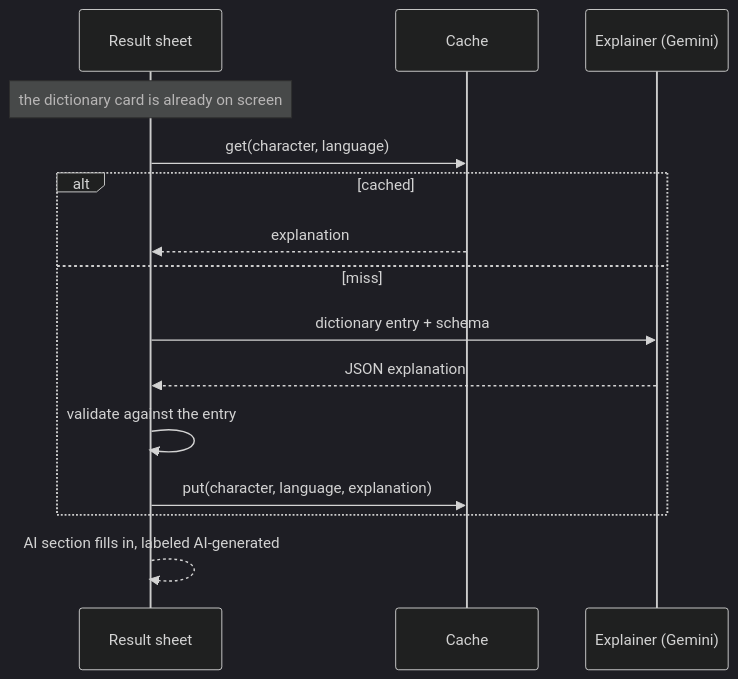
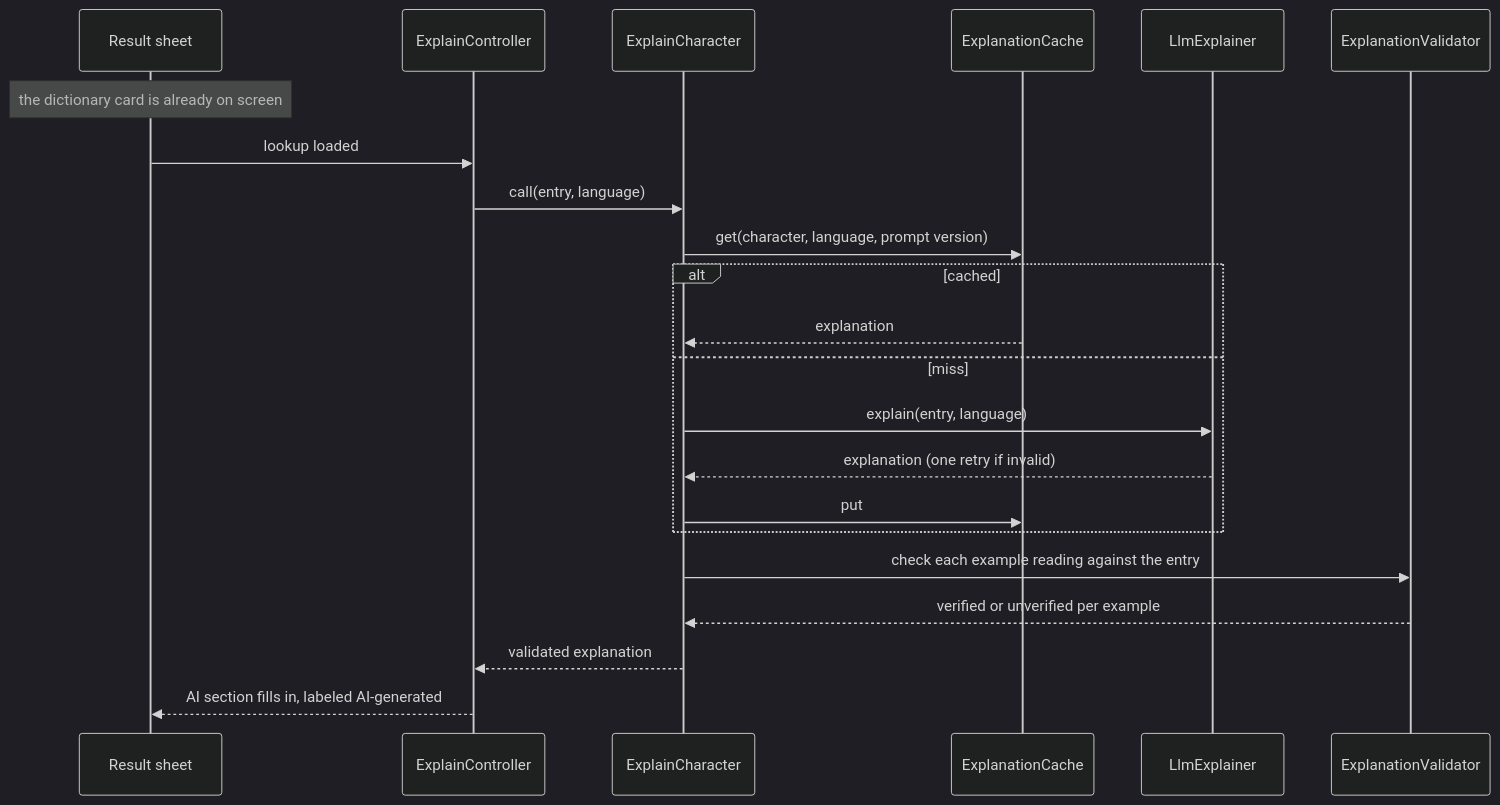
The second of 2 diagrams in docs/data-flow.md (nicolinx/character-lens), drawn with Mermaid (dark theme) before and after one commit. The commit also changed other lines of this file and 1 other file, not shown here.

Commit message:
docs: update data flow and readme for ai and history

````diff
--- a/docs/data-flow.md
+++ b/docs/data-flow.md
@@ -91,18 +91,25 @@
 ```mermaid
 sequenceDiagram
     participant S as Result sheet
-    participant K as Cache
-    participant E as Explainer (Gemini)
+    participant X as ExplainController
+    participant U as ExplainCharacter
+    participant K as ExplanationCache
+    participant E as LlmExplainer
+    participant V as ExplanationValidator
 
     Note over S: the dictionary card is already on screen
-    S->>K: get(character, language)
+    S->>X: lookup loaded
+    X->>U: call(entry, language)
+    U->>K: get(character, language, prompt version)
     alt cached
-        K-->>S: explanation
+        K-->>U: explanation
     else miss
-        S->>E: dictionary entry + schema
-        E-->>S: JSON explanation
-        S->>S: validate against the entry
-        S->>K: put(character, language, explanation)
+        U->>E: explain(entry, language)
+        E-->>U: explanation (one retry if invalid)
+        U->>K: put
     end
-    S-->>S: AI section fills in, labeled AI-generated
+    U->>V: check each example reading against the entry
+    V-->>U: verified or unverified per example
+    U-->>X: validated explanation
+    X-->>S: AI section fills in, labeled AI-generated
 ```
````
